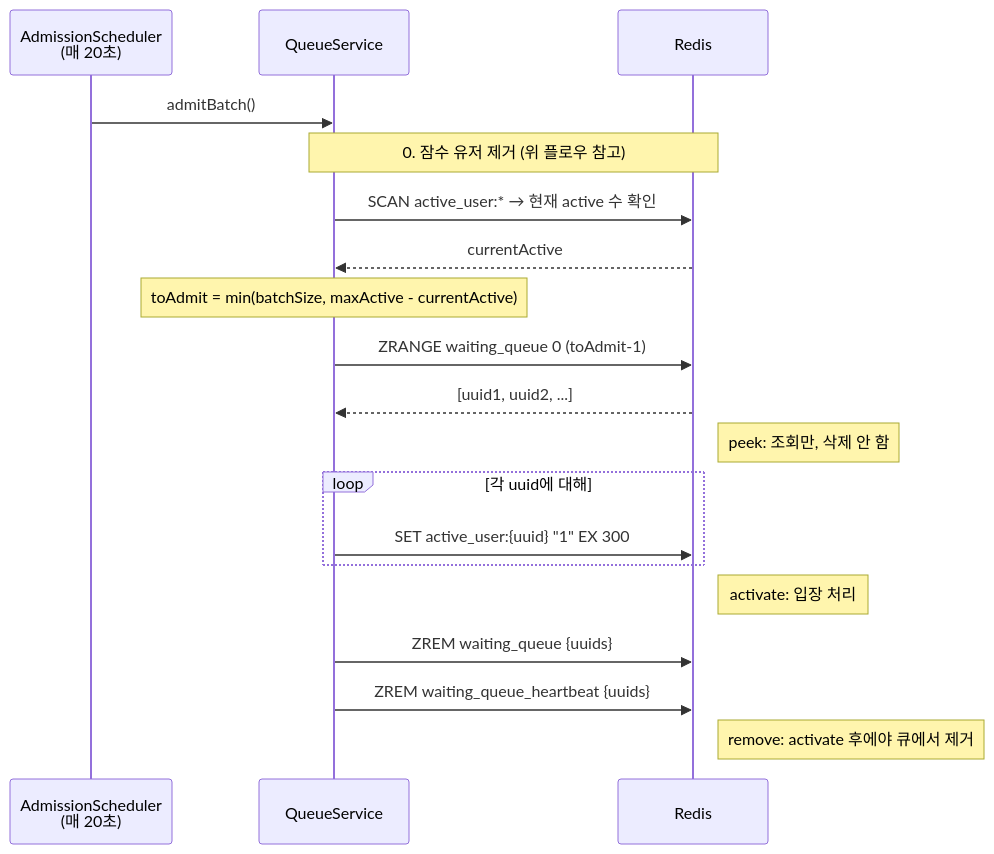
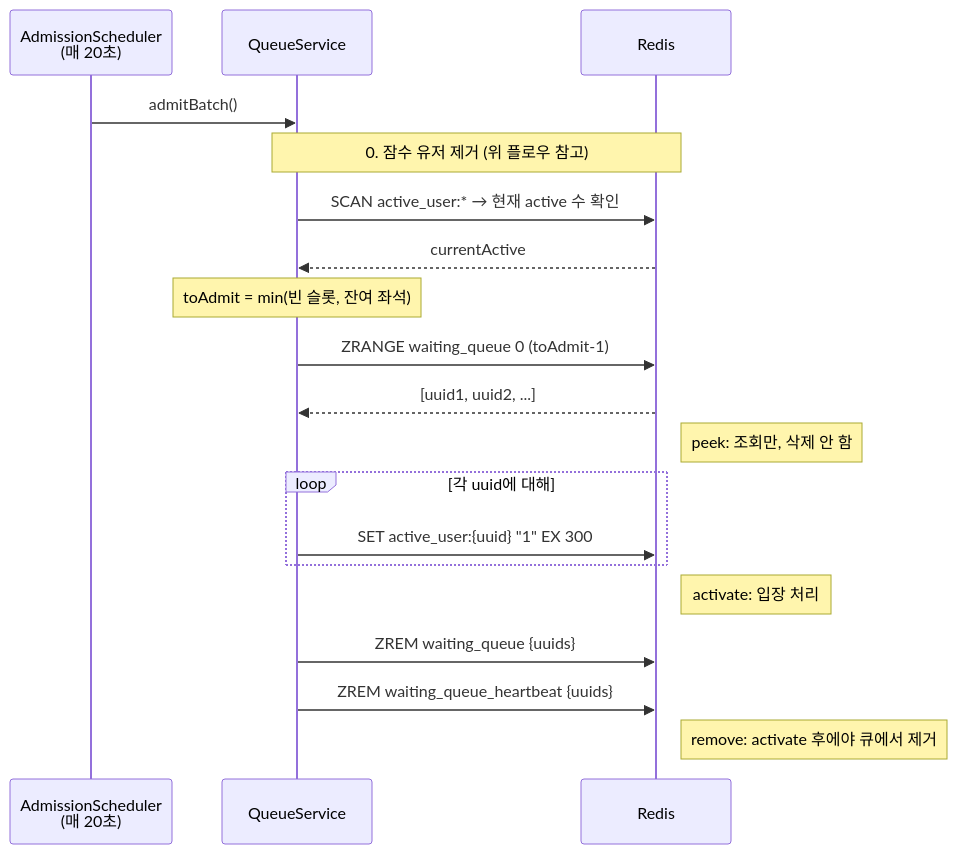
One commit to irnd04/zticket changed the fourth of 7 diagrams in README.md. Above: the diagram before and after it, drawn with Mermaid. The commit also changed other lines of this file and 8 other files, not shown here.

First line of the commit message:
refactor: batch-size 제거, 잔여 좌석 기반 입장 제한 추가

````diff
--- a/README.md
+++ b/README.md
@@ -128,28 +128,28 @@
 ```mermaid
 sequenceDiagram
     participant S as AdmissionScheduler<br/>(매 20초)
     participant Q as QueueService
     participant R as Redis
 
     S->>Q: admitBatch()
 
     Note over Q,R: 0. 잠수 유저 제거 (위 플로우 참고)
 
     Q->>R: SCAN active_user:* → 현재 active 수 확인
     R-->>Q: currentActive
 
-    Note over Q: toAdmit = min(batchSize, maxActive - currentActive)
+    Note over Q: toAdmit = min(빈 슬롯, 잔여 좌석)
 
     Q->>R: ZRANGE waiting_queue 0 (toAdmit-1)
     R-->>Q: [uuid1, uuid2, ...]
     Note right of R: peek: 조회만, 삭제 안 함
 
     loop 각 uuid에 대해
         Q->>R: SET active_user:{uuid} "1" EX 300
     end
     Note right of R: activate: 입장 처리
 
     Q->>R: ZREM waiting_queue {uuids}
     Q->>R: ZREM waiting_queue_heartbeat {uuids}
     Note right of R: remove: activate 후에야 큐에서 제거
 ```
````
